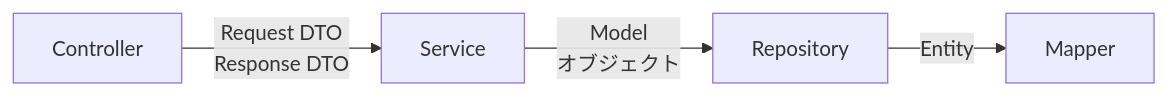
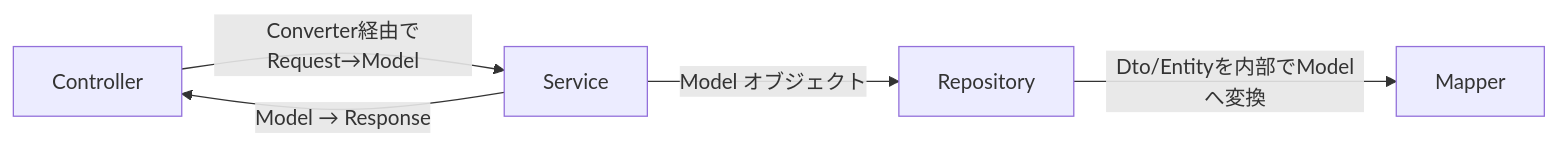
One commit to KentoKodama214/WebGallery changed the second of 2 diagrams in doc/architecture/layered-architecture.md. Above: the diagram before and after it, drawn with Mermaid. The commit also changed other lines of this file and 78 other files, not shown here.

````diff
--- a/doc/architecture/layered-architecture.md
+++ b/doc/architecture/layered-architecture.md
@@ -78,6 +88,7 @@
 ```mermaid
 graph LR
-    C["Controller"] -- "Request DTO<br>Response DTO" --> S["Service"]
-    S -- "Model<br>オブジェクト" --> R["Repository"]
-    R -- "Entity" --> M["Mapper"]
+    C["Controller"] -- "Converter経由でRequest→Model" --> S["Service"]
+    S -- "Model オブジェクト" --> R["Repository"]
+    R -- "Dto/Entityを内部でModelへ変換" --> M["Mapper"]
+    S -- "Model → Response" --> C
 ```
````
